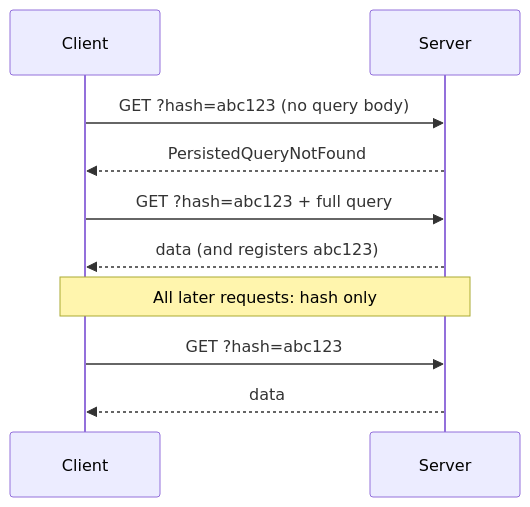
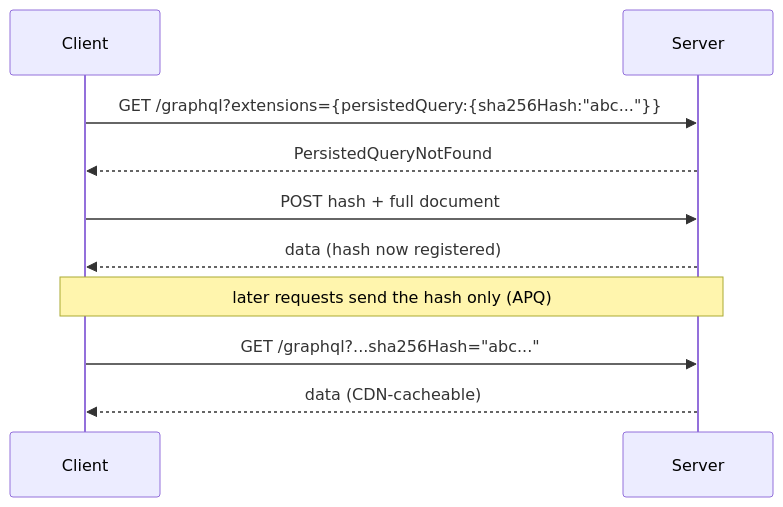
The fifth of 5 diagrams in github-pages/docs/api-design/graphql.md (AndrewAltimit/Documentation), drawn with Mermaid before and after one commit. The commit also changed other lines of this file and 240 other files, not shown here.

````diff
--- a/github-pages/docs/api-design/graphql.md
+++ b/github-pages/docs/api-design/graphql.md
@@ -427,12 +486,12 @@
 ```mermaid
 sequenceDiagram
     participant C as Client
     participant S as Server
-    C->>S: GET ?hash=abc123 (no query body)
+    C->>S: GET /graphql?extensions={persistedQuery:{sha256Hash:"abc..."}}
     S-->>C: PersistedQueryNotFound
-    C->>S: GET ?hash=abc123 + full query
-    S-->>C: data (and registers abc123)
-    Note over C,S: All later requests: hash only
-    C->>S: GET ?hash=abc123
-    S-->>C: data
+    C->>S: POST hash + full document
+    S-->>C: data (hash now registered)
+    Note over C,S: later requests send the hash only (APQ)
+    C->>S: GET /graphql?...sha256Hash="abc..."
+    S-->>C: data (CDN-cacheable)
 ```
````
